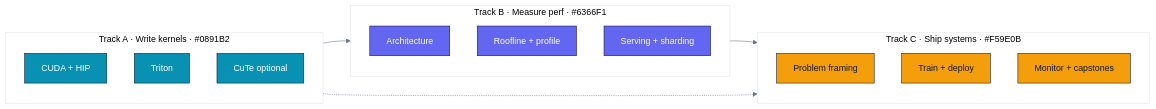
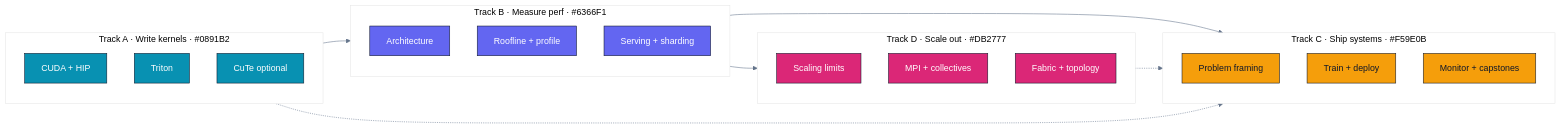
The second of 3 diagrams in README.md (gahan9/ParallelProgramming), drawn with Mermaid before and after one commit. The commit also changed other lines of this file and 123 other files, not shown here.

````diff
--- a/README.md
+++ b/README.md
@@ -80,32 +80,42 @@
 ```mermaid
 %%{init: {'theme': 'base', 'themeVariables': {'primaryColor': '#F8FAFC', 'primaryBorderColor': '#0891B2', 'lineColor': '#64748B'}}}%%
 flowchart LR
   subgraph A["Track A · Write kernels · #0891B2"]
     A1["CUDA + HIP"]
     A2["Triton"]
     A3["CuTe optional"]
   end
 
   subgraph B["Track B · Measure perf · #6366F1"]
     B1["Architecture"]
     B2["Roofline + profile"]
     B3["Serving + sharding"]
   end
 
   subgraph C["Track C · Ship systems · #F59E0B"]
     C1["Problem framing"]
     C2["Train + deploy"]
     C3["Monitor + capstones"]
   end
 
+  subgraph D["Track D · Scale out · #DB2777"]
+    D1["Scaling limits"]
+    D2["MPI + collectives"]
+    D3["Fabric + topology"]
+  end
+
   A --> B
   B --> C
   A -.-> C
+  B --> D
+  D -.-> C
 
   classDef trackA fill:#0891B2,stroke:#0F172A,color:#fff
   classDef trackB fill:#6366F1,stroke:#0F172A,color:#fff
   classDef trackC fill:#F59E0B,stroke:#0F172A,color:#0F172A
+  classDef trackD fill:#DB2777,stroke:#0F172A,color:#fff
   class A1,A2,A3 trackA
   class B1,B2,B3 trackB
   class C1,C2,C3 trackC
+  class D1,D2,D3 trackD
 ```
````
